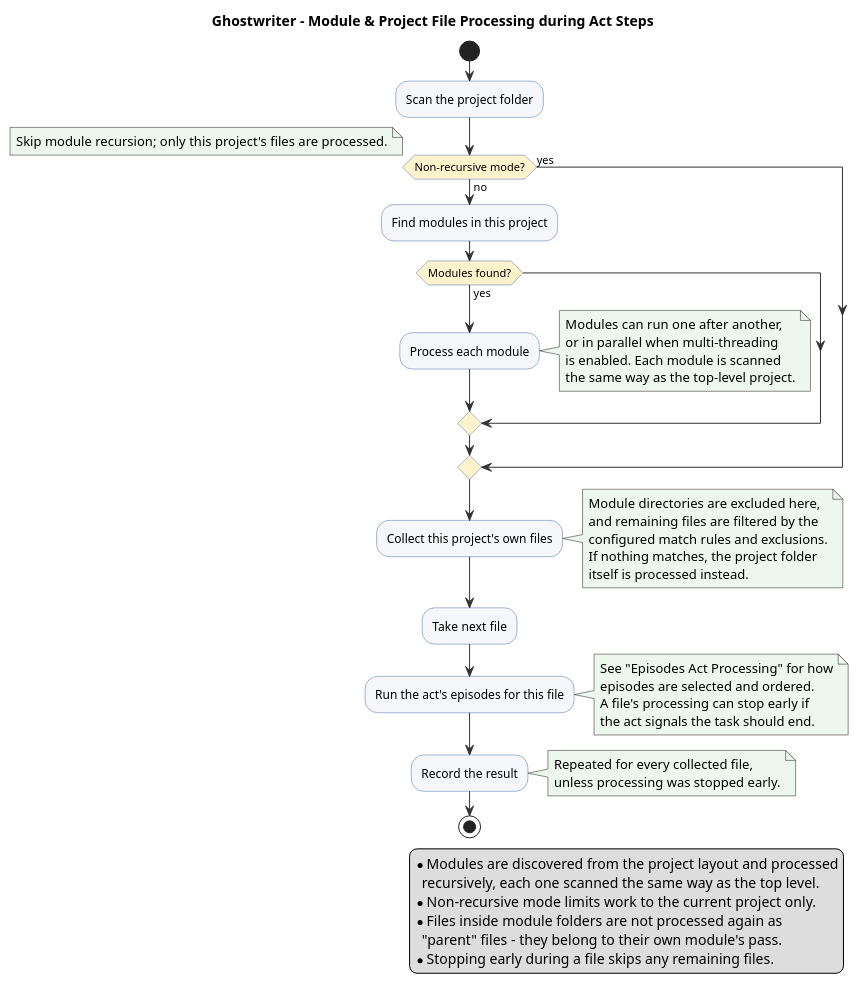
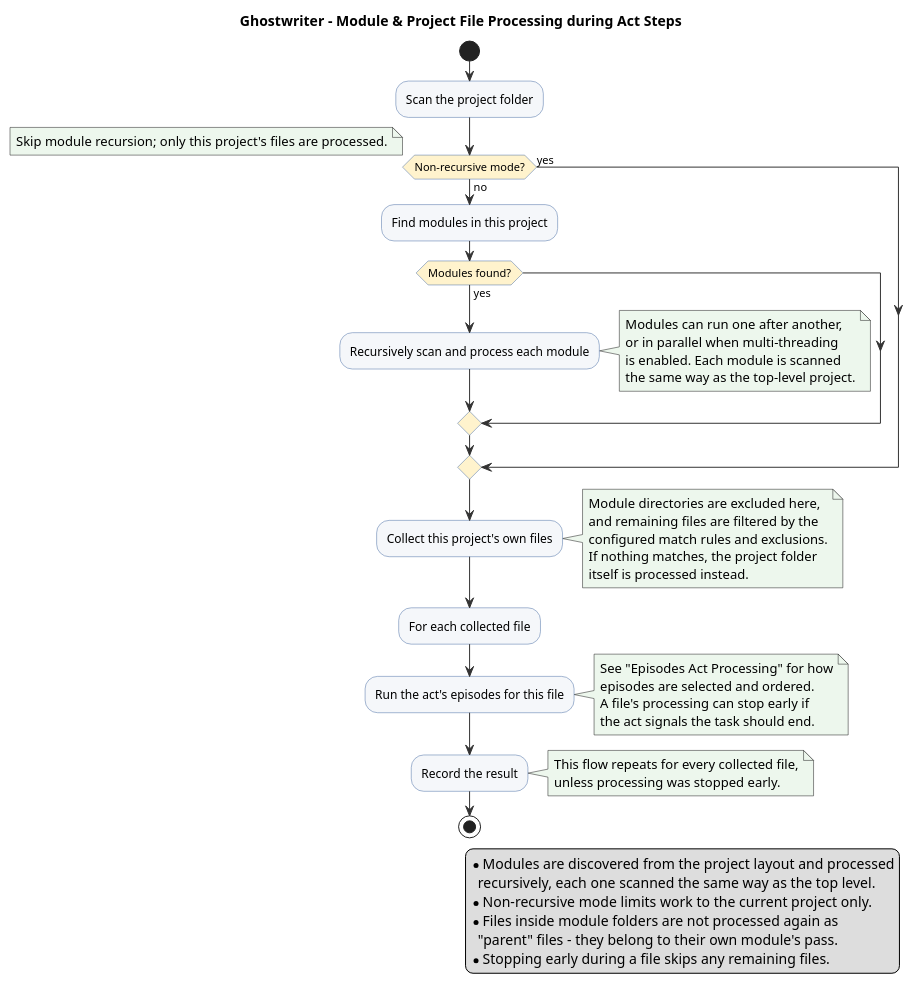
Before and after one commit to machanism-org/machai: the diagram in ghostwriter/src/site/puml/module-file-act-processing.puml, drawn with PlantUML. The commit also changed 76 other files, not shown here.

```diff
--- a/ghostwriter/src/site/puml/module-file-act-processing.puml
+++ b/ghostwriter/src/site/puml/module-file-act-processing.puml
@@ -7,66 +7,66 @@
 @startuml
 title Ghostwriter - Module & Project File Processing during Act Steps
 
 skinparam ArrowColor #333333
 skinparam ActivityBackgroundColor #F5F7FA
 skinparam ActivityBorderColor #4A6FA5
 skinparam ActivityDiamondBackgroundColor #FFF3CD
 skinparam NoteBackgroundColor #EDF7ED
 
 start
 
 :Scan the project folder;
 
 if (Non-recursive mode?) then (yes)
   note right: Skip module recursion; only this project's files are processed.
 else (no)
   :Find modules in this project;
   if (Modules found?) then (yes)
-    :Process each module;
+    :Recursively scan and process each module;
     note right
       Modules can run one after another,
       or in parallel when multi-threading
       is enabled. Each module is scanned
       the same way as the top-level project.
     end note
   endif
 endif
 
 :Collect this project's own files;
 note right
   Module directories are excluded here,
   and remaining files are filtered by the
   configured match rules and exclusions.
   If nothing matches, the project folder
   itself is processed instead.
 end note
 
-:Take next file;
+:For each collected file;
 
 :Run the act's episodes for this file;
 note right
   See "Episodes Act Processing" for how
   episodes are selected and ordered.
   A file's processing can stop early if
   the act signals the task should end.
 end note
 
 :Record the result;
 
 note right
-  Repeated for every collected file,
+  This flow repeats for every collected file,
   unless processing was stopped early.
 end note
 
 stop
 
 legend right
   * Modules are discovered from the project layout and processed
     recursively, each one scanned the same way as the top level.
   * Non-recursive mode limits work to the current project only.
   * Files inside module folders are not processed again as
     "parent" files - they belong to their own module's pass.
   * Stopping early during a file skips any remaining files.
 endlegend
 
 @enduml
```
